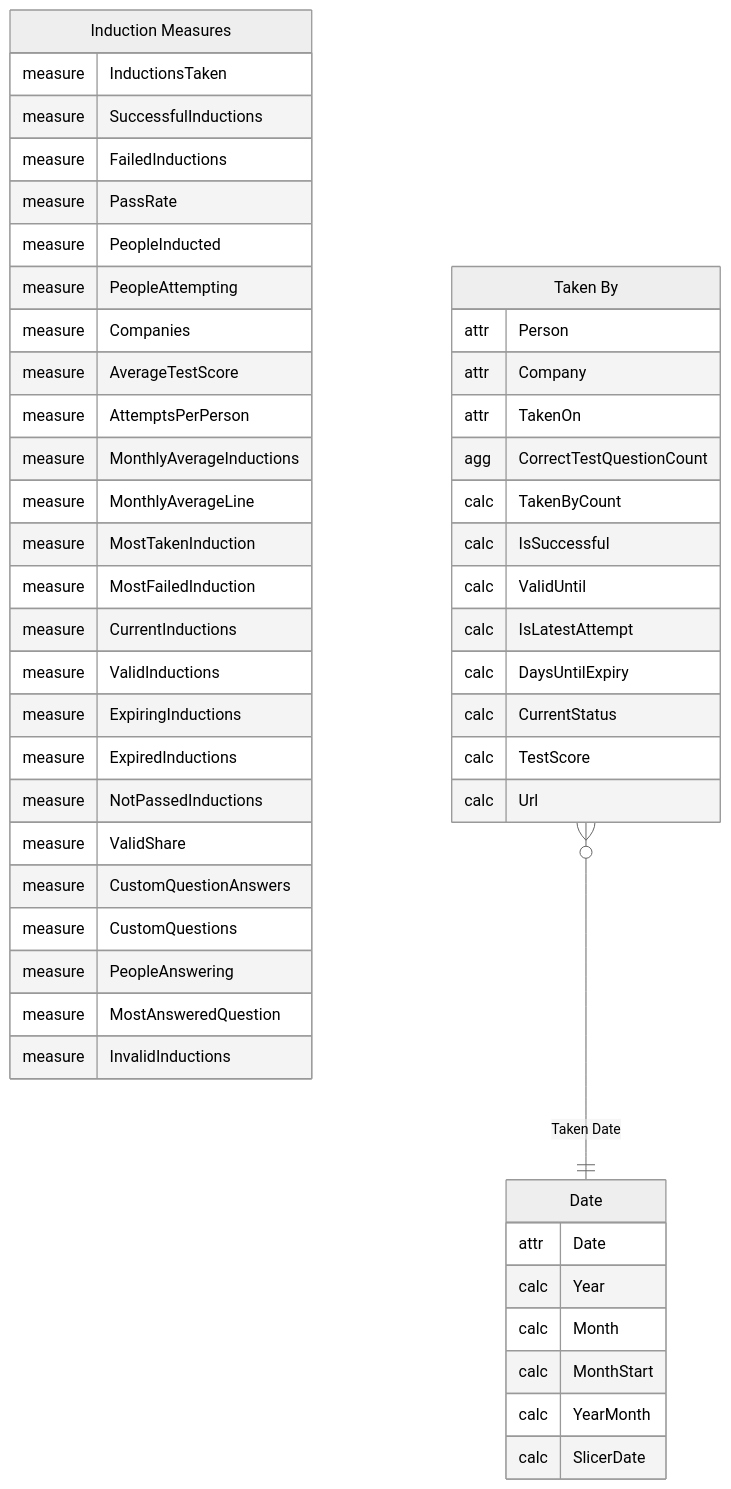
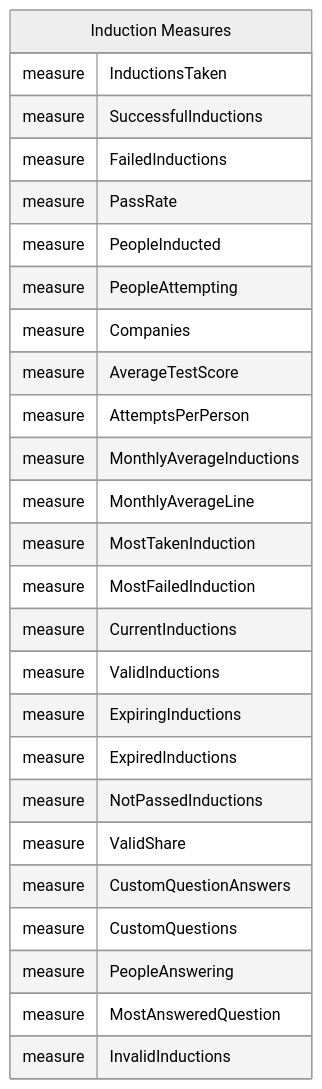
The second of 2 diagrams in PowerBISamplesModels/Inductions.md (work-wallet/BIClient), drawn with Mermaid before and after one commit. The commit also changed 17 other files, not shown here.

````diff
--- a/PowerBISamplesModels/Inductions.md
+++ b/PowerBISamplesModels/Inductions.md
@@ -66,56 +75,33 @@
 ```mermaid
 ---
 config:
   theme: neutral
 ---
 erDiagram
-    "Date" {
-        attr Date
-        calc Year
-        calc Month
-        calc MonthStart
-        calc YearMonth
-        calc SlicerDate
-    }
     "Induction Measures" {
         measure InductionsTaken
         measure SuccessfulInductions
         measure FailedInductions
         measure PassRate
         measure PeopleInducted
         measure PeopleAttempting
         measure Companies
         measure AverageTestScore
         measure AttemptsPerPerson
         measure MonthlyAverageInductions
         measure MonthlyAverageLine
         measure MostTakenInduction
         measure MostFailedInduction
         measure CurrentInductions
         measure ValidInductions
         measure ExpiringInductions
         measure ExpiredInductions
         measure NotPassedInductions
         measure ValidShare
         measure CustomQuestionAnswers
         measure CustomQuestions
         measure PeopleAnswering
         measure MostAnsweredQuestion
         measure InvalidInductions
     }
-    "Taken By" {
-        attr Person
-        attr Company
-        attr TakenOn
-        agg CorrectTestQuestionCount
-        calc TakenByCount
-        calc IsSuccessful
-        calc ValidUntil
-        calc IsLatestAttempt
-        calc DaysUntilExpiry
-        calc CurrentStatus
-        calc TestScore
-        calc Url
-    }
-    "Taken By" }o--|| "Date" : "Taken Date"
 ```
````
